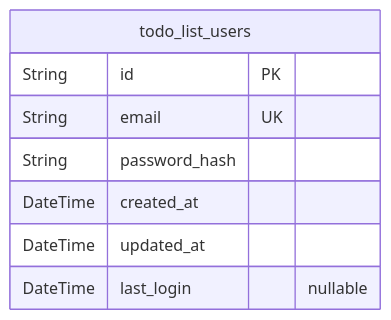
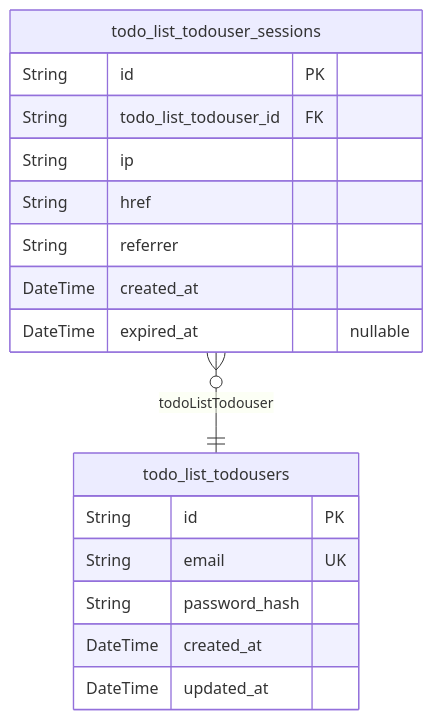
Before and after one commit to wrtnlabs/autobe-examples: the first of 2 diagrams in openai/gpt-4.1/todo/docs/ERD.md, drawn with Mermaid. The commit also changed other lines of this file and 16146 other files, not shown here.

````diff
--- a/openai/gpt-4.1/todo/docs/ERD.md
+++ b/openai/gpt-4.1/todo/docs/ERD.md
@@ -10,11 +10,20 @@
 ```mermaid
 erDiagram
-"todo_list_users" {
+"todo_list_todousers" {
   String id PK
   String email UK
   String password_hash
   DateTime created_at
   DateTime updated_at
-  DateTime last_login "nullable"
 }
+"todo_list_todouser_sessions" {
+  String id PK
+  String todo_list_todouser_id FK
+  String ip
+  String href
+  String referrer
+  DateTime created_at
+  DateTime expired_at "nullable"
+}
+"todo_list_todouser_sessions" }o--|| "todo_list_todousers" : todoListTodouser
 ```
````
